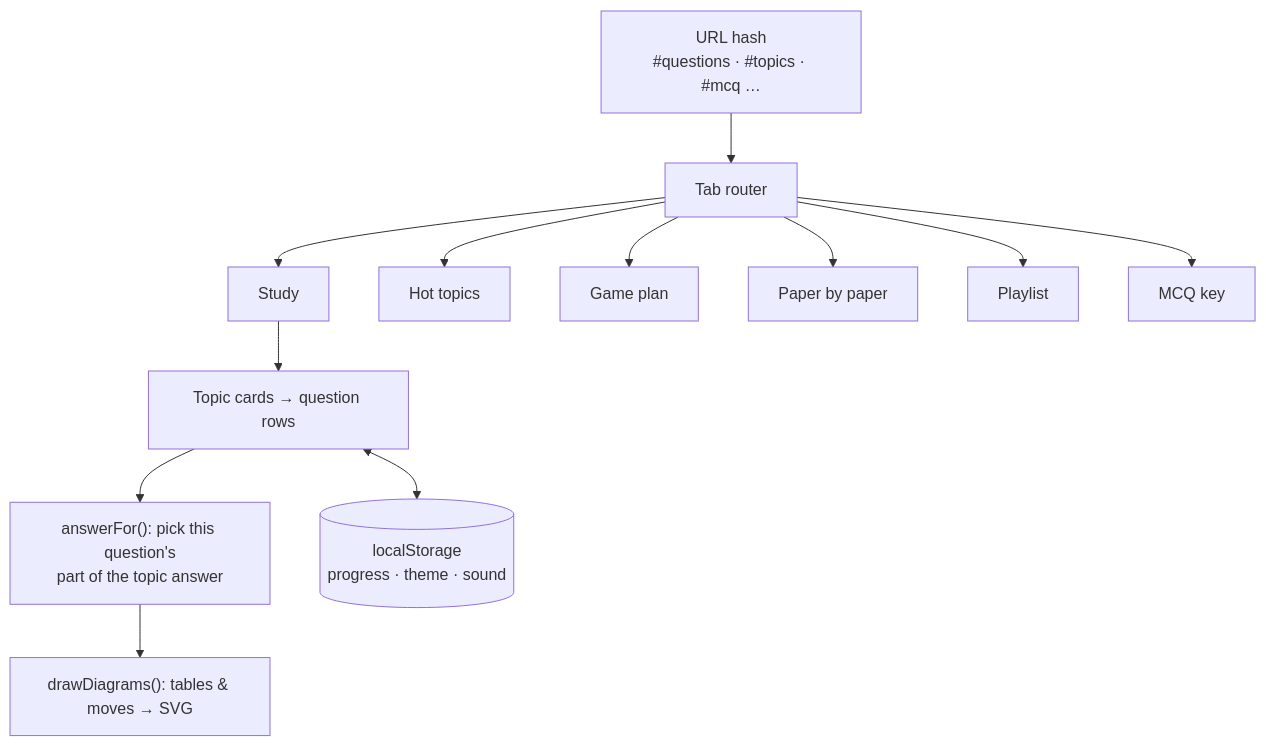
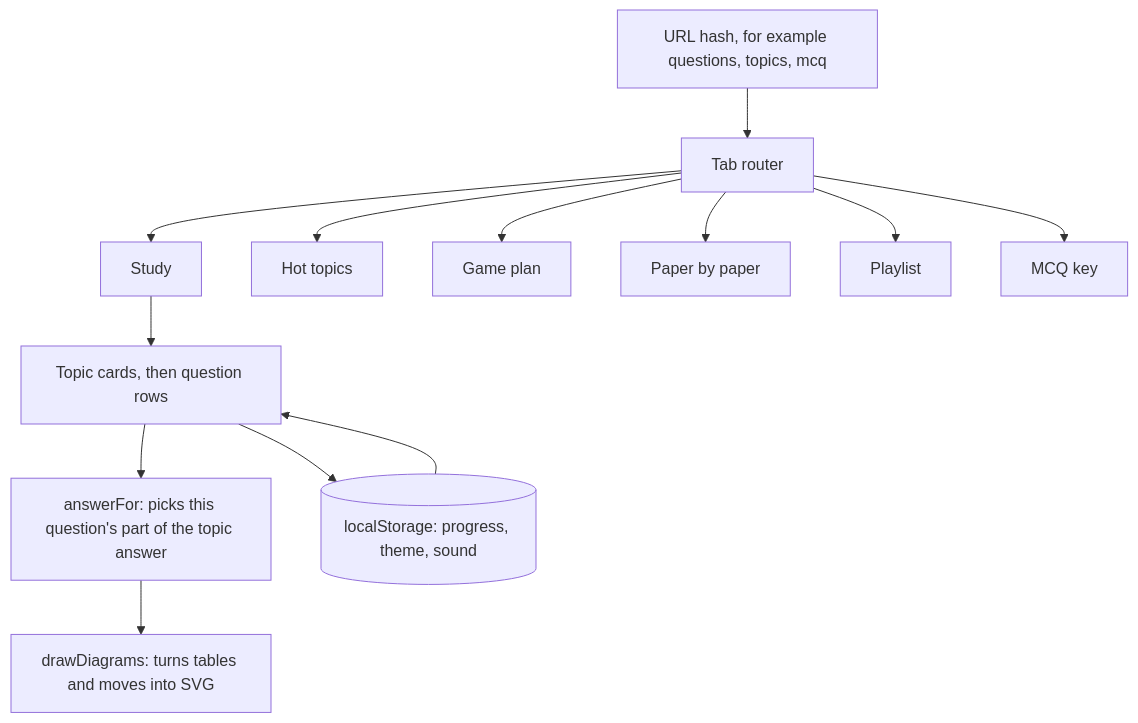
The second of 2 diagrams in README.md (shru930/srm-sem5-pyq-hub), drawn with Mermaid before and after one commit. The commit also changed other lines of this file, not shown here.

Commit message:
Fix README diagrams for GitHub's mermaid renderer

````diff
--- a/README.md
+++ b/README.md
@@ -245,9 +247,15 @@
 ```mermaid
 flowchart TB
-    U["URL hash<br/>#questions · #topics · #mcq …"] --> R[Tab router]
-    R --> S[Study] & HT[Hot topics] & GP[Game plan] & PP[Paper by paper] & PL[Playlist] & MQ[MCQ key]
-    S --> Q["Topic cards → question rows"]
-    Q --> AF["answerFor(): pick this question's<br/>part of the topic answer"]
-    AF --> DG["drawDiagrams(): tables & moves → SVG"]
-    Q <--> LS[("localStorage<br/>progress · theme · sound")]
+    U["URL hash, for example questions, topics, mcq"] --> R["Tab router"]
+    R --> S["Study"]
+    R --> HT["Hot topics"]
+    R --> GP["Game plan"]
+    R --> PP["Paper by paper"]
+    R --> PL["Playlist"]
+    R --> MQ["MCQ key"]
+    S --> Q["Topic cards, then question rows"]
+    Q --> AF["answerFor: picks this question's part of the topic answer"]
+    AF --> DG["drawDiagrams: turns tables and moves into SVG"]
+    Q --> LS[("localStorage: progress, theme, sound")]
+    LS --> Q
 ```
````
